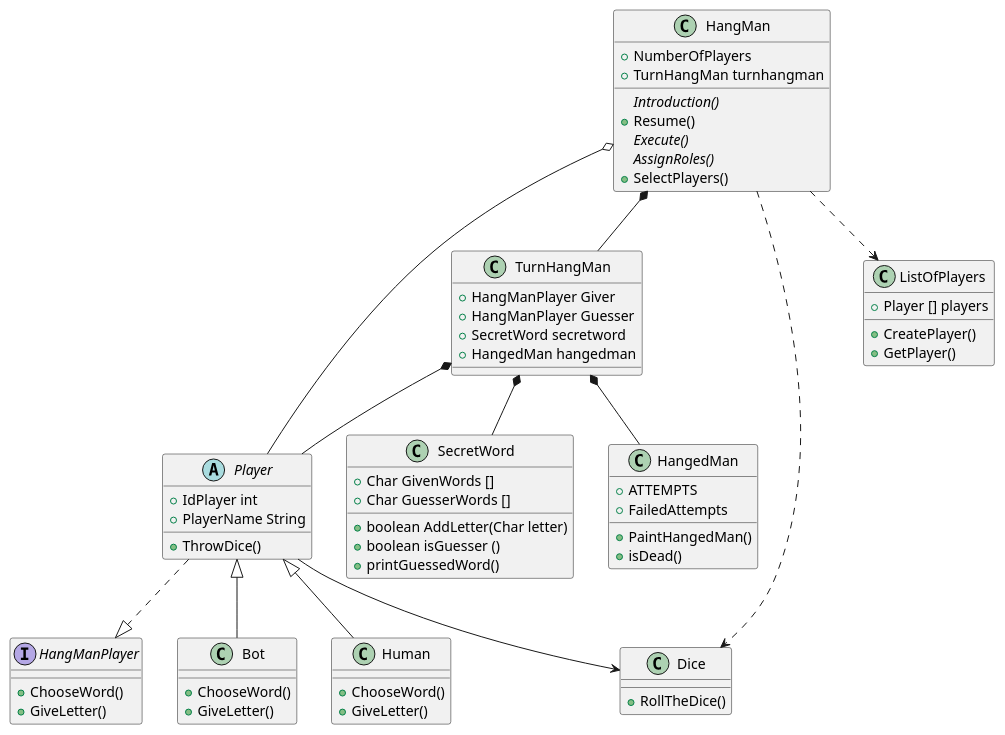
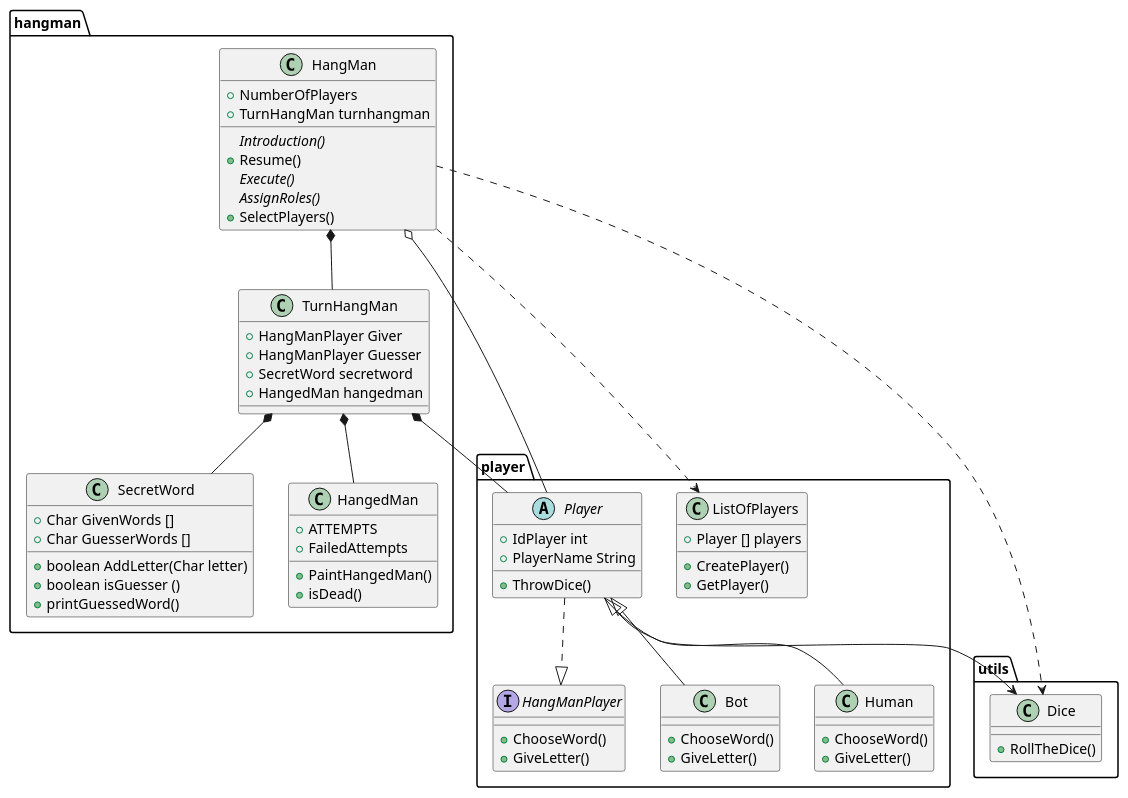
The diagram in diagrams/ClassDiagramHangMan.wsd (Gabs16TL/Games_Platform), drawn with PlantUML before and after one commit. The commit also changed 2 other files, not shown here.

Commit message:
Se añadieron los diagramas de clases completos de HangMan y Main junto a sus paquetes

```diff
--- a/diagrams/ClassDiagramHangMan.wsd
+++ b/diagrams/ClassDiagramHangMan.wsd
@@ -1,74 +1,92 @@
 @startuml
+
+package hangman {
 
 class HangMan {
     +NumberOfPlayers
     +TurnHangMan turnhangman
     {abstract}Introduction()
     +Resume()
     {abstract}Execute()
     {abstract}AssignRoles()
     +SelectPlayers()
 }
-abstract class Player {
-    +IdPlayer int
-    +PlayerName String
-    +ThrowDice()
-}
+
 class SecretWord {
     +Char GivenWords []
     +Char GuesserWords []
     +boolean AddLetter(Char letter)
     +boolean isGuesser ()
     +printGuessedWord()
 }
 class TurnHangMan {
     +HangManPlayer Giver
     +HangManPlayer Guesser
     +SecretWord secretword
     +HangedMan hangedman
 }
 class HangedMan {   
     +ATTEMPTS    
     +FailedAttempts
     +PaintHangedMan()
     +isDead()
 }
-class Dice {
-    +RollTheDice()
+
+}
+
+package player {
+
+abstract class Player {
+    +IdPlayer int
+    +PlayerName String
+    +ThrowDice()
 }
 
 class ListOfPlayers {
     +Player [] players
     +CreatePlayer()
     +GetPlayer()
 }
 
 interface HangManPlayer {
     +ChooseWord()
     +GiveLetter()
 }
 
 class Bot {
     +ChooseWord()
     +GiveLetter()
 }
 class Human {
     +ChooseWord()
     +GiveLetter()
 }
 
+}
+
+package utils {
+
+class Dice {
+    +RollTheDice()
+}
+
+}
+
+
+
+
 HangMan o-- Player
 HangMan *--TurnHangMan
 TurnHangMan*-- SecretWord
 TurnHangMan*-- HangedMan
 Player <|-- Bot
 Player <|-- Human
 Player ..|>HangManPlayer
 TurnHangMan *-- Player
 
 Player-->Dice
 
 HangMan ..> ListOfPlayers
 HangMan ..>Dice
 
 @enduml
```
